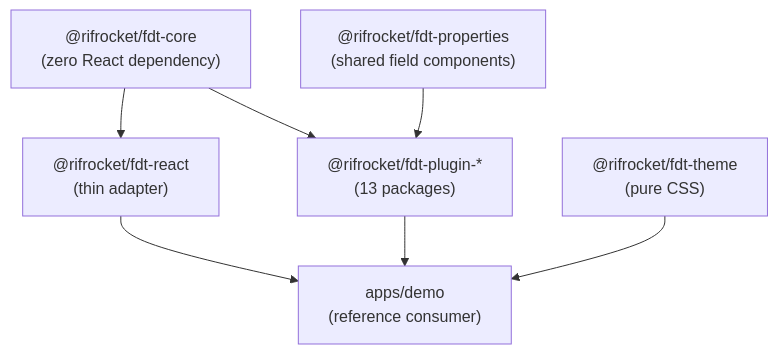
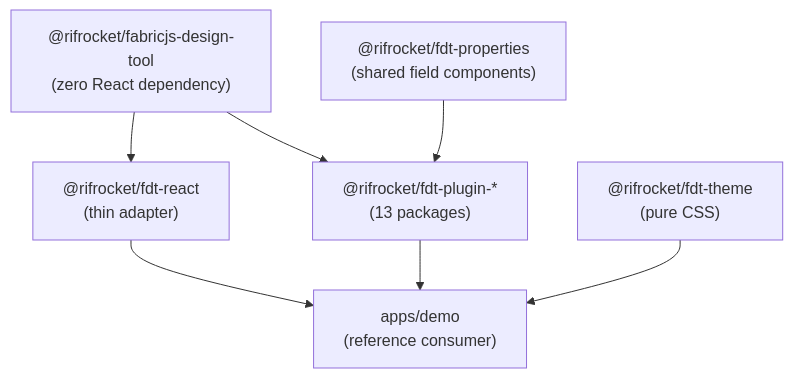
The diagram in apps/docs/docs/architecture/overview.md (rifrocket/fabricjs-design-tool), drawn with Mermaid before and after one commit. The commit also changed other lines of this file and 216 other files, not shown here.

First line of the commit message:
rename: publish core engine as @rifrocket/fabricjs-design-tool

````diff
--- a/apps/docs/docs/architecture/overview.md
+++ b/apps/docs/docs/architecture/overview.md
@@ -12,16 +12,16 @@
 ```mermaid
 flowchart TB
-    core["@rifrocket/fdt-core<br/>(zero React dependency)"]
+    core["@rifrocket/fabricjs-design-tool<br/>(zero React dependency)"]
     react["@rifrocket/fdt-react<br/>(thin adapter)"]
     theme["@rifrocket/fdt-theme<br/>(pure CSS)"]
     properties["@rifrocket/fdt-properties<br/>(shared field components)"]
     plugins["@rifrocket/fdt-plugin-*<br/>(13 packages)"]
     demo["apps/demo<br/>(reference consumer)"]
 
     core --> react
     core --> plugins
     react --> demo
     plugins --> demo
     theme --> demo
     properties --> plugins
 ```
````
